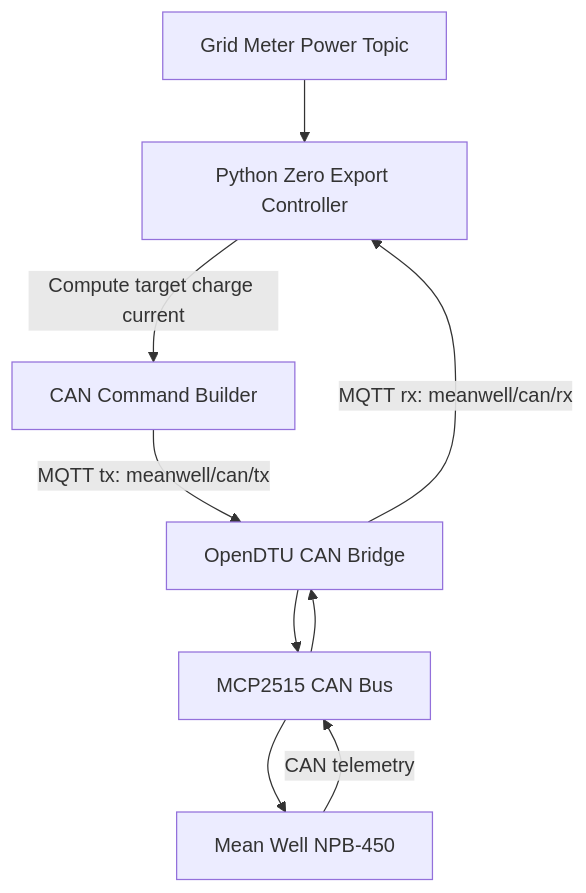
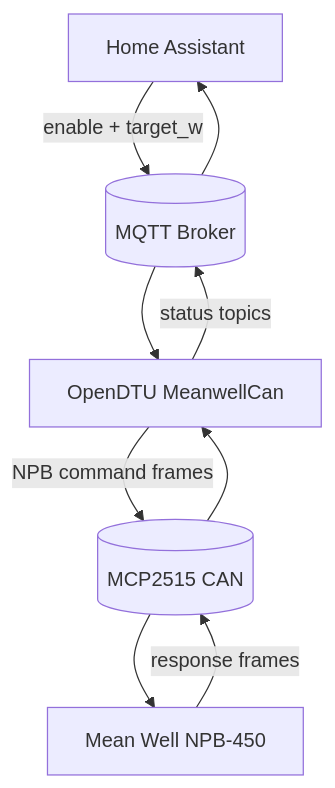
The diagram in examples/README.md (Jones14021/OpenDTU), drawn with Mermaid before and after one commit. The commit also changed other lines of this file and 8 other files, not shown here.

````diff
--- a/examples/README.md
+++ b/examples/README.md
@@ -71,11 +136,11 @@
 ```mermaid
 flowchart TD
-    M[Grid Meter Power Topic] --> P[Python Zero Export Controller]
-    P -->|Compute target charge current| C[CAN Command Builder]
-    C -->|MQTT tx: meanwell/can/tx| O[OpenDTU CAN Bridge]
-    O --> B[MCP2515 CAN Bus]
-    B --> N[Mean Well NPB-450]
-    N -->|CAN telemetry| B
-    B --> O
-    O -->|MQTT rx: meanwell/can/rx| P
+    HA[Home Assistant] -->|enable + target_w| MQTT[(MQTT Broker)]
+    MQTT --> DTU[OpenDTU MeanwellCan]
+    DTU -->|NPB command frames| CAN[(MCP2515 CAN)]
+    CAN --> NPB[Mean Well NPB-450]
+    NPB -->|response frames| CAN
+    CAN --> DTU
+    DTU -->|status topics| MQTT
+    MQTT --> HA
 ```
````
